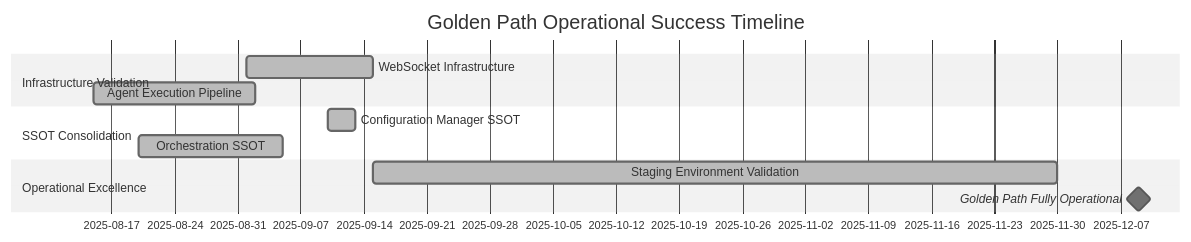
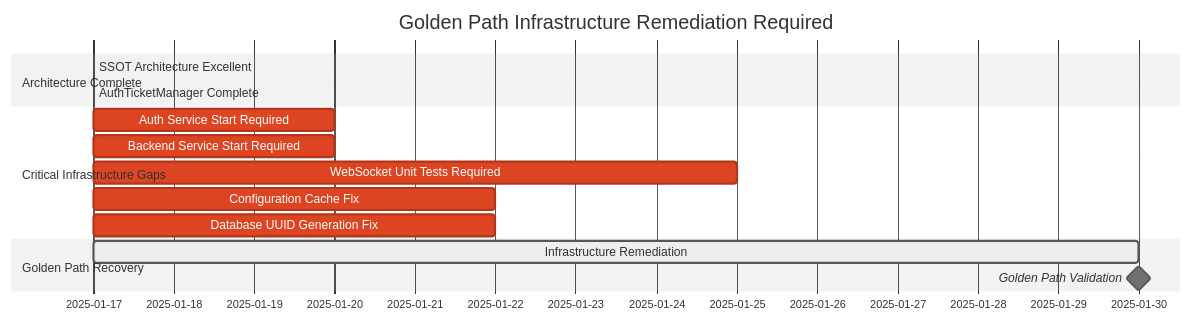
Diagram 27 of 27 in docs/GOLDEN_PATH_USER_FLOW_COMPLETE.md (netra-systems/zen), drawn with Mermaid (neutral theme) before and after one commit. The commit also changed other lines of this file and 17 other files, not shown here.

````diff
--- a/docs/GOLDEN_PATH_USER_FLOW_COMPLETE.md
+++ b/docs/GOLDEN_PATH_USER_FLOW_COMPLETE.md
@@ -1346,14 +1389,17 @@
 ```mermaid
 gantt
-    title Golden Path Operational Success Timeline
+    title Golden Path Infrastructure Remediation Required
     dateFormat  YYYY-MM-DD
-    section Infrastructure Validation
-    WebSocket Infrastructure     :done, ws1, 2025-09-01, 2025-09-15
-    Agent Execution Pipeline     :done, agents, 2025-08-15, 2025-09-02
-    section SSOT Consolidation
-    Configuration Manager SSOT   :done, config1, 2025-09-10, 2025-09-13
-    Orchestration SSOT          :done, orch1, 2025-08-20, 2025-09-05
-    section Operational Excellence
-    Staging Environment Validation :done, staging1, 2025-09-15, 2025-11-30
-    Golden Path Fully Operational :milestone, golden, 2025-12-09, 2025-12-09
+    section Architecture Complete
+    SSOT Architecture Excellent    :done, ssot1, 2025-08-01, 2025-01-17
+    AuthTicketManager Complete     :done, auth1, 2025-09-01, 2025-01-17
+    section Critical Infrastructure Gaps
+    Auth Service Start Required    :crit, auth2, 2025-01-17, 2025-01-20
+    Backend Service Start Required :crit, backend1, 2025-01-17, 2025-01-20
+    WebSocket Unit Tests Required  :crit, ws1, 2025-01-17, 2025-01-25
+    Configuration Cache Fix        :crit, config1, 2025-01-17, 2025-01-22
+    Database UUID Generation Fix   :crit, db1, 2025-01-17, 2025-01-22
+    section Golden Path Recovery
+    Infrastructure Remediation     :active, infra1, 2025-01-17, 2025-01-30
+    Golden Path Validation         :milestone, validation, 2025-01-30, 2025-01-30
 ```
````
